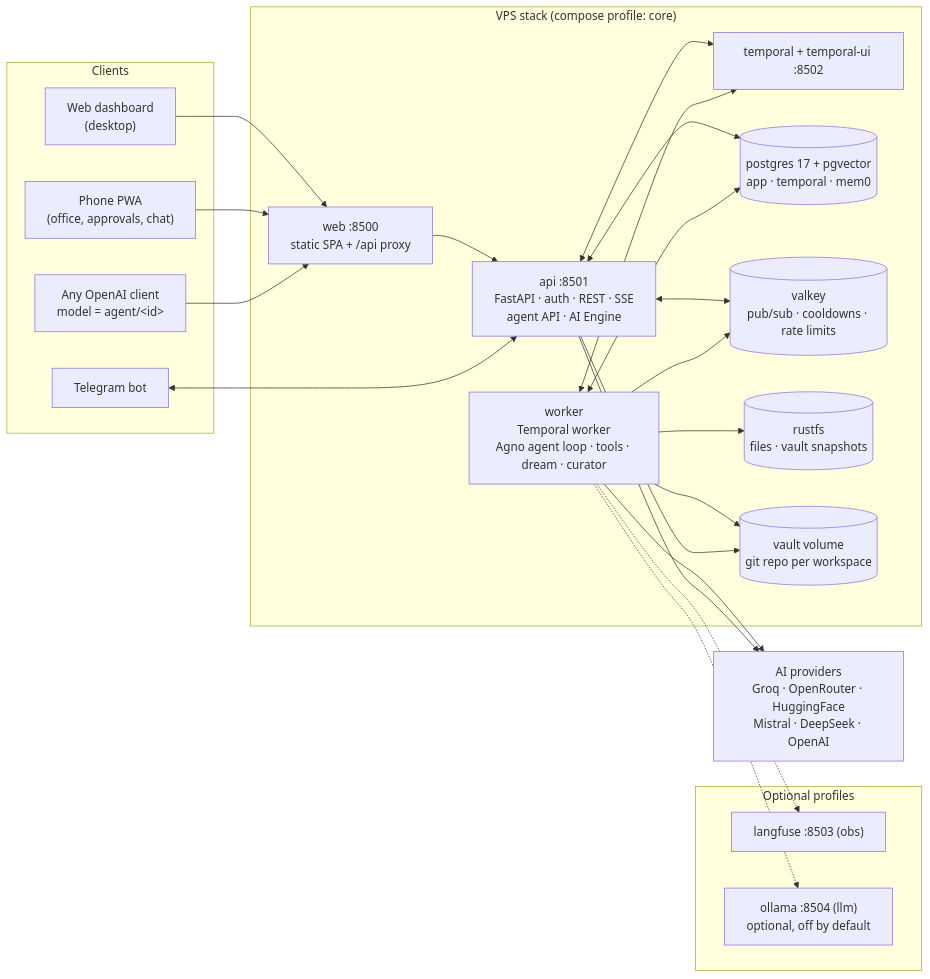
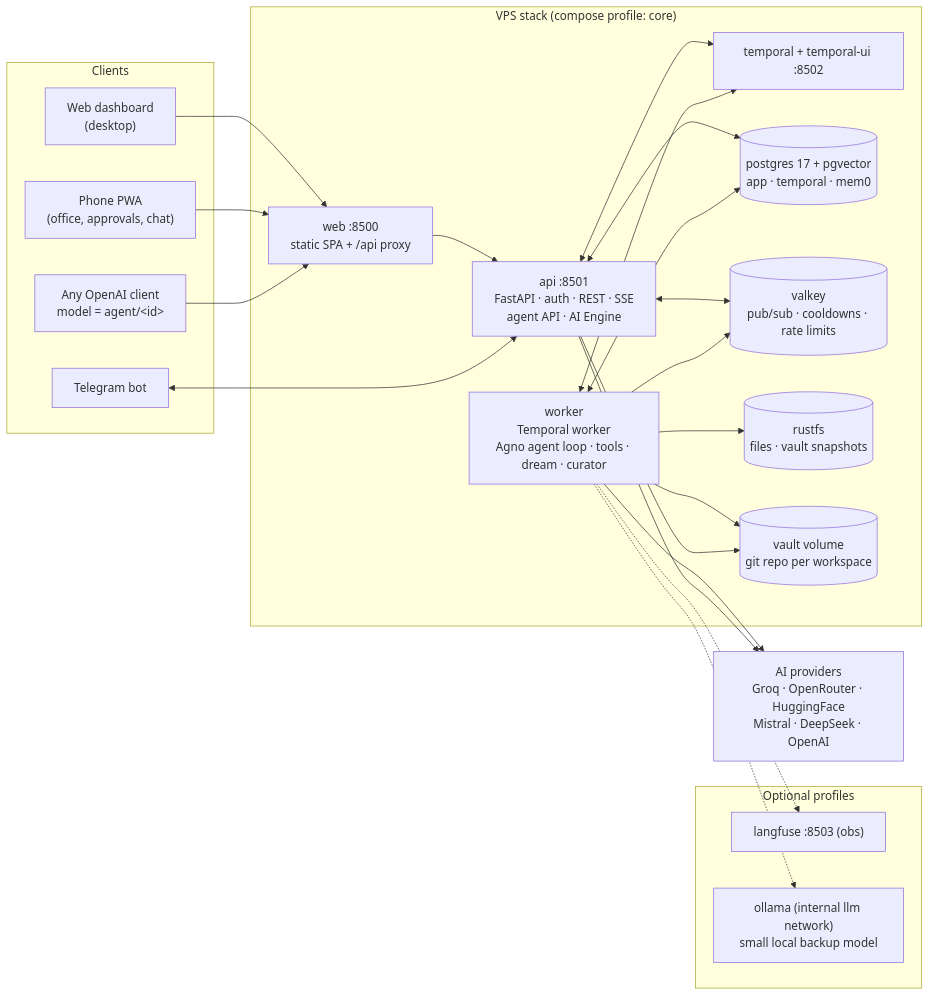
Before and after one commit to website-f/agentic-ai: the first of 2 diagrams in docs/ARCHITECTURE.md, drawn with Mermaid. The commit also changed other lines of this file and 119 other files, not shown here.

````diff
--- a/docs/ARCHITECTURE.md
+++ b/docs/ARCHITECTURE.md
@@ -5,46 +5,46 @@
 ```mermaid
 flowchart LR
   subgraph Clients
     WEB["Web dashboard<br/>(desktop)"]
     PWA["Phone PWA<br/>(office, approvals, chat)"]
     TG["Telegram bot"]
     OAI["Any OpenAI client<br/>model = agent/&lt;id&gt;"]
   end
 
   subgraph VPS["VPS stack (compose profile: core)"]
     EDGE["web :8500<br/>static SPA + /api proxy"]
     API["api :8501<br/>FastAPI · auth · REST · SSE<br/>agent API · AI Engine"]
     WRK["worker<br/>Temporal worker<br/>Agno agent loop · tools · dream · curator"]
     TMP["temporal + temporal-ui :8502"]
     PG[("postgres 17 + pgvector<br/>app · temporal · mem0")]
     VK[("valkey<br/>pub/sub · cooldowns · rate limits")]
     OBJ[("rustfs<br/>files · vault snapshots")]
     VAULT[("vault volume<br/>git repo per workspace")]
   end
 
   subgraph Optional["Optional profiles"]
     LF["langfuse :8503 (obs)"]
-    OLL["ollama :8504 (llm)<br/>optional, off by default"]
+    OLL["ollama (internal llm network)<br/>small local backup model"]
   end
 
   PROV["AI providers<br/>Groq · OpenRouter · HuggingFace<br/>Mistral · DeepSeek · OpenAI"]
 
   WEB --> EDGE
   PWA --> EDGE
   OAI --> EDGE
   EDGE --> API
   TG <--> API
   API <--> PG
   API <--> VK
   API <--> TMP
   WRK <--> TMP
   WRK <--> PG
   WRK --> VK
   WRK --> OBJ
   WRK --> VAULT
   API --> VAULT
   WRK --> PROV
   API --> PROV
   WRK -.-> OLL
   WRK -.-> LF
 ```
````
